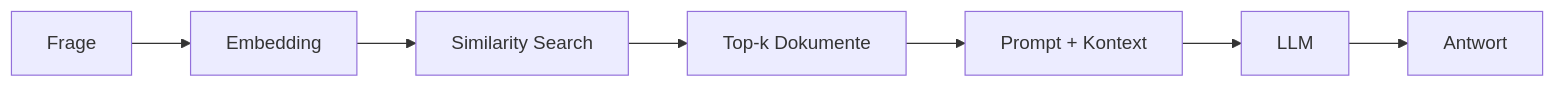
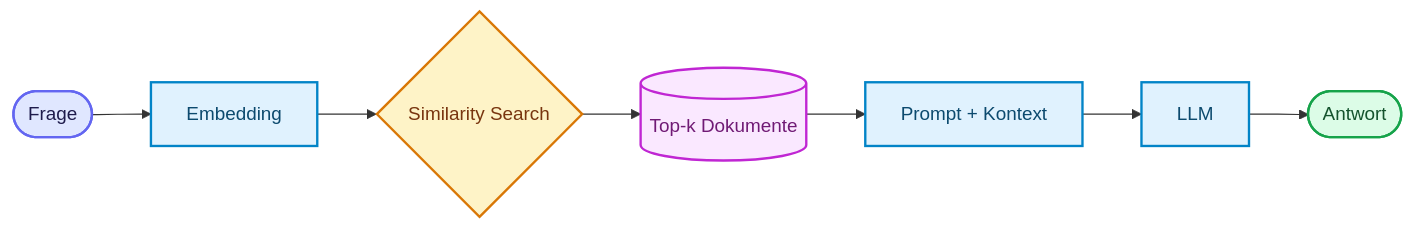
Before and after one commit to ralf-42/Agenten: the third of 10 diagrams in docs/04-agenten-implementierung/kontext-wissen/rag-konzepte.md, drawn with Mermaid. The commit also changed other lines of this file and 18 other files, not shown here.

````diff
--- a/docs/04-agenten-implementierung/kontext-wissen/rag-konzepte.md
+++ b/docs/04-agenten-implementierung/kontext-wissen/rag-konzepte.md
@@ -283,9 +102,20 @@
 ```mermaid
 flowchart LR
-    A[Frage] --> B[Embedding]
-    B --> C[Similarity Search]
-    C --> D[Top-k Dokumente]
+    A([Frage]) --> B[Embedding]
+    B --> C{Similarity Search}
+    C --> D[(Top-k Dokumente)]
     D --> E[Prompt + Kontext]
     E --> F[LLM]
-    F --> G[Antwort]
+    F --> G([Antwort])
+
+    classDef default fill:#e0f2fe,stroke:#0284c7,stroke-width:2px,color:#0c4a6e;
+    classDef input fill:#e0e7ff,stroke:#6366f1,stroke-width:2px,color:#1e1b4b;
+    classDef metric fill:#fef3c7,stroke:#d97706,stroke-width:2px,color:#78350f;
+    classDef output fill:#dcfce7,stroke:#16a34a,stroke-width:2px,color:#14532d;
+    classDef target fill:#fae8ff,stroke:#c026d3,stroke-width:2px,color:#701a75;
+
+    class A input;
+    class C metric;
+    class D target;
+    class G output;
 ```
````
